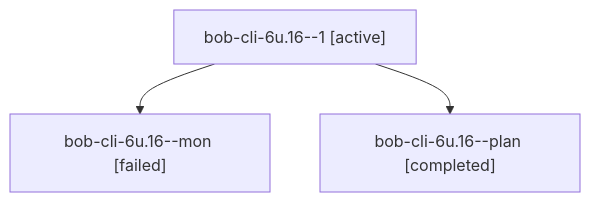
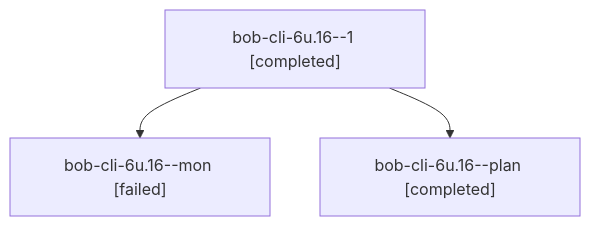
The diagram in sessions/bbugyi200.apollo.bob-cli-6u.16.md (bobs-org/bob-cli--agents), drawn with Mermaid before and after one commit. The commit also changed other lines of this file and 55 other files, not shown here.

````diff
--- a/sessions/bbugyi200.apollo.bob-cli-6u.16.md
+++ b/sessions/bbugyi200.apollo.bob-cli-6u.16.md
@@ -9,8 +9,8 @@
 ```mermaid
 flowchart TD
-  n0["bob-cli-6u.16--1 [active]"]
+  n0["bob-cli-6u.16--1 [completed]"]
   n1["bob-cli-6u.16--mon [failed]"]
   n0 --> n1
   n2["bob-cli-6u.16--plan [completed]"]
   n0 --> n2
 ```
````
